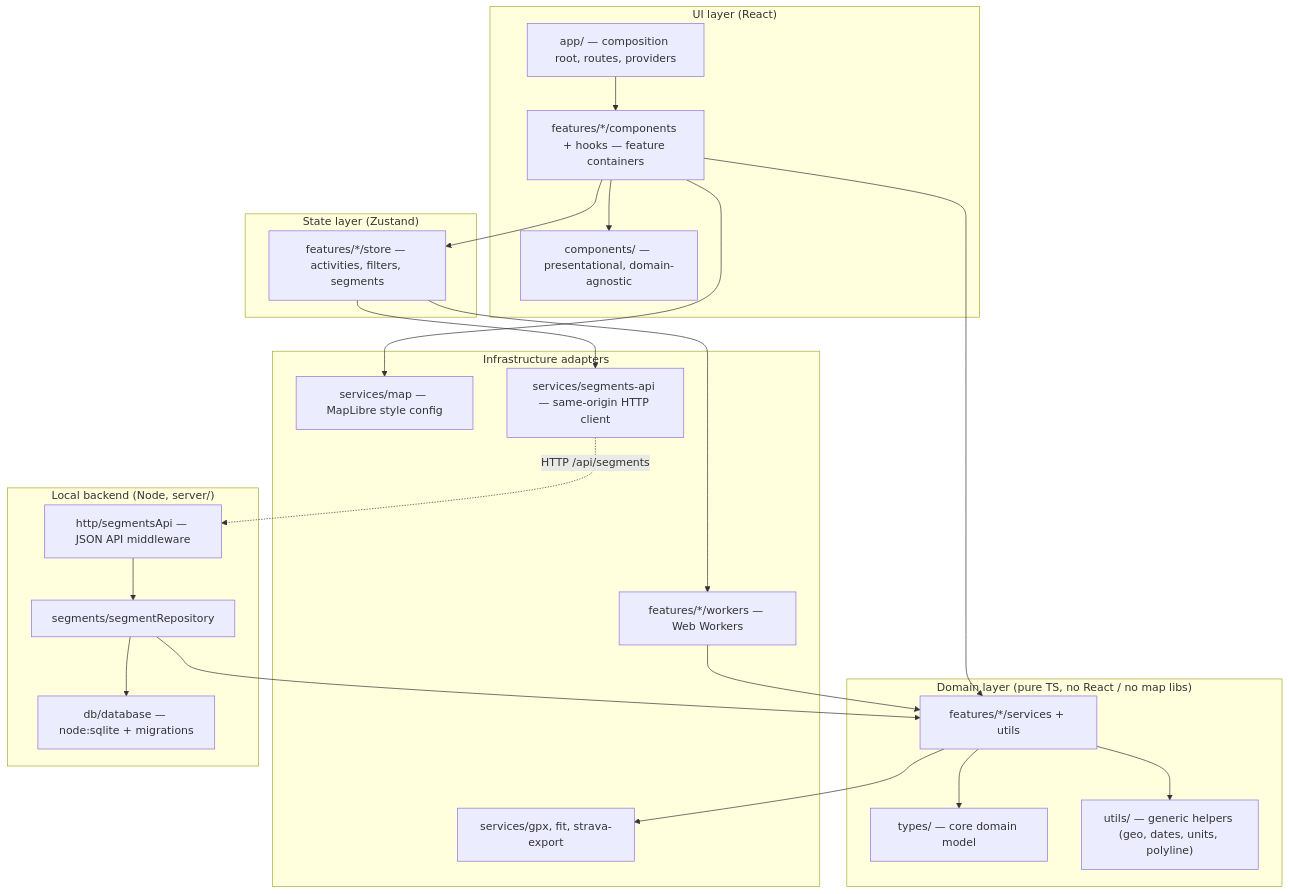
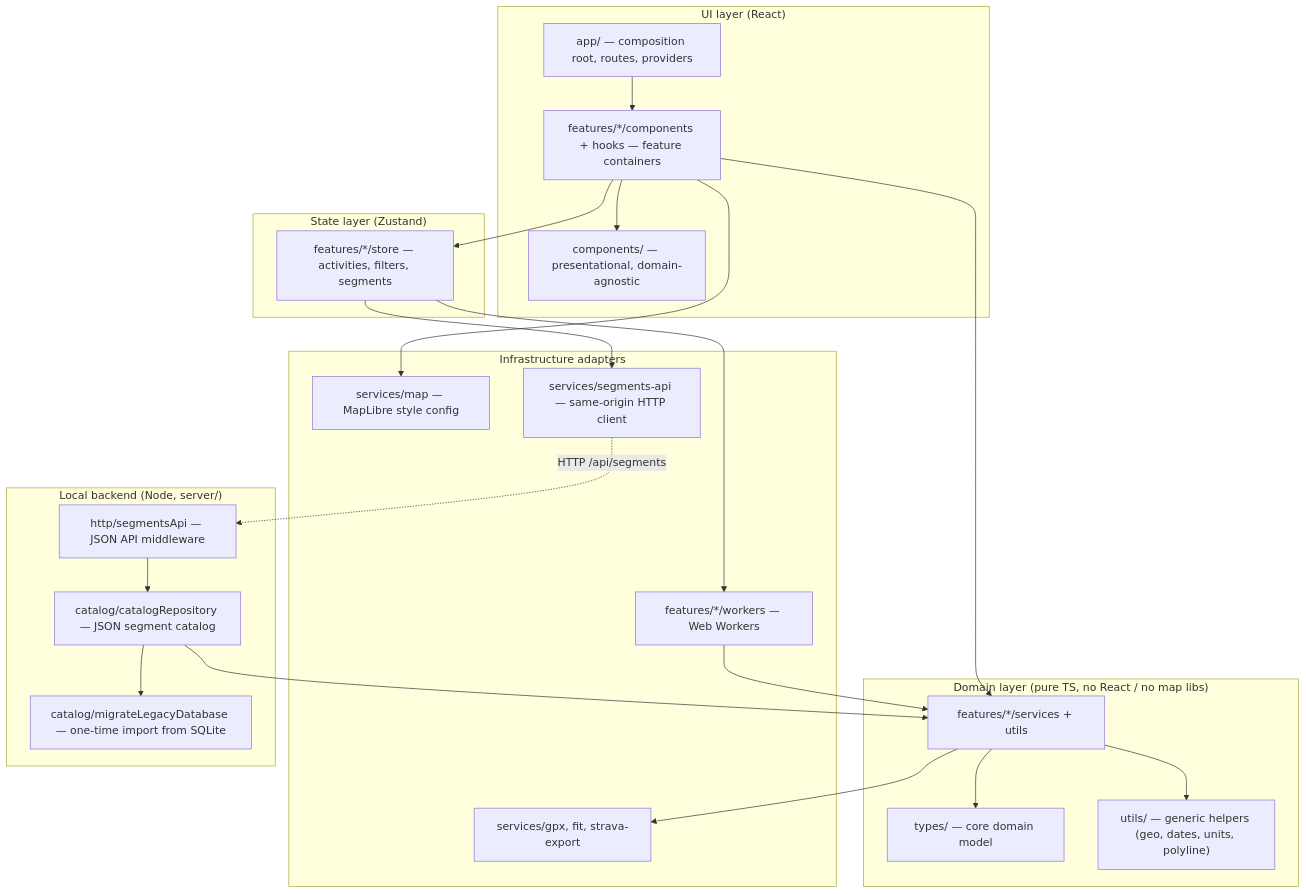
Before and after one commit to dilshandbg/pedal-paths: the first of 3 diagrams in docs/architecture.md, drawn with Mermaid. The commit also changed other lines of this file and 36 other files, not shown here.

First line of the commit message:
feat: store segments in a JSON segment catalog (BRD v2.1)

````diff
--- a/docs/architecture.md
+++ b/docs/architecture.md
@@ -22,45 +22,45 @@
 ```mermaid
 flowchart TD
     subgraph UI["UI layer (React)"]
         APP["app/ — composition root, routes, providers"]
         CMP["components/ — presentational, domain-agnostic"]
         FCMP["features/*/components + hooks — feature containers"]
     end
 
     subgraph STATE["State layer (Zustand)"]
         STORES["features/*/store — activities, filters, segments"]
     end
 
     subgraph DOMAIN["Domain layer (pure TS, no React / no map libs)"]
         TYPES["types/ — core domain model"]
         FSVC["features/*/services + utils"]
         UTIL["utils/ — generic helpers (geo, dates, units, polyline)"]
     end
 
     subgraph INFRA["Infrastructure adapters"]
         GPX["services/gpx, fit, strava-export"]
         MAPS["services/map — MapLibre style config"]
         API["services/segments-api — same-origin HTTP client"]
         WRK["features/*/workers — Web Workers"]
     end
 
     subgraph SERVER["Local backend (Node, server/)"]
         HTTP["http/segmentsApi — JSON API middleware"]
-        REPO["segments/segmentRepository"]
-        DB["db/database — node:sqlite + migrations"]
+        REPO["catalog/catalogRepository — JSON segment catalog"]
+        DB["catalog/migrateLegacyDatabase — one-time import from SQLite"]
     end
 
     APP --> FCMP --> CMP
     FCMP --> STORES
     FCMP --> FSVC
     STORES --> API
     STORES --> WRK
     WRK --> FSVC
     FSVC --> TYPES
     FSVC --> UTIL
     FSVC --> GPX
     FCMP --> MAPS
     API -. "HTTP /api/segments" .-> HTTP
     HTTP --> REPO --> DB
     REPO --> FSVC
 ```
````
